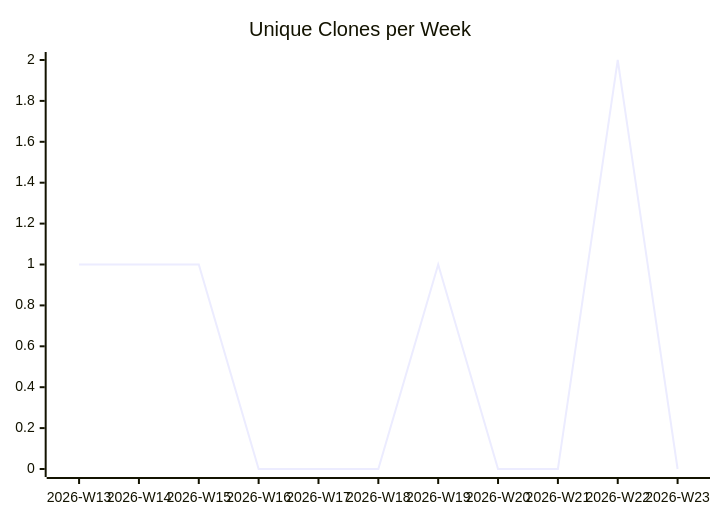
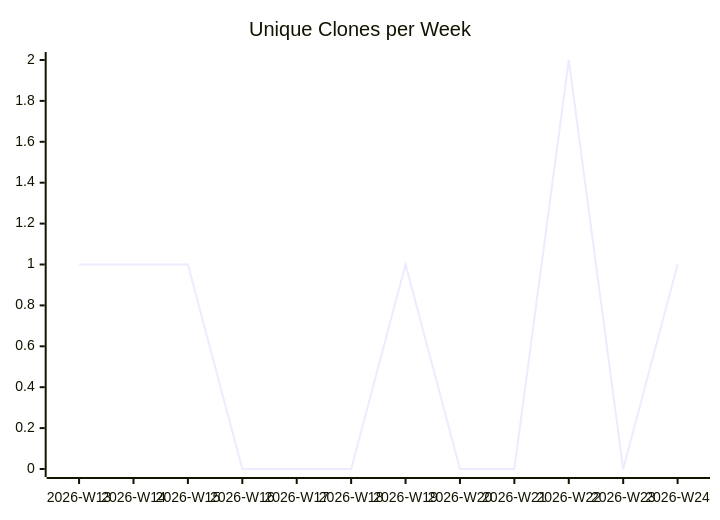
Before and after one commit to justdavis-family/github-analytics-data: the third of 3 diagrams in karlmdavis/ansible-roles/README.md, drawn with Mermaid. The commit also changed other lines of this file and 189 other files, not shown here.

````diff
--- a/karlmdavis/ansible-roles/README.md
+++ b/karlmdavis/ansible-roles/README.md
@@ -19,6 +19,6 @@
 ```mermaid
 xychart-beta
   title "Unique Clones per Week"
-  x-axis ["2026-W13", "2026-W14", "2026-W15", "2026-W16", "2026-W17", "2026-W18", "2026-W19", "2026-W20", "2026-W21", "2026-W22", "2026-W23"]
-  line [1, 1, 1, 0, 0, 0, 1, 0, 0, 2, 0]
+  x-axis ["2026-W13", "2026-W14", "2026-W15", "2026-W16", "2026-W17", "2026-W18", "2026-W19", "2026-W20", "2026-W21", "2026-W22", "2026-W23", "2026-W24"]
+  line [1, 1, 1, 0, 0, 0, 1, 0, 0, 2, 0, 1]
 ```
````
